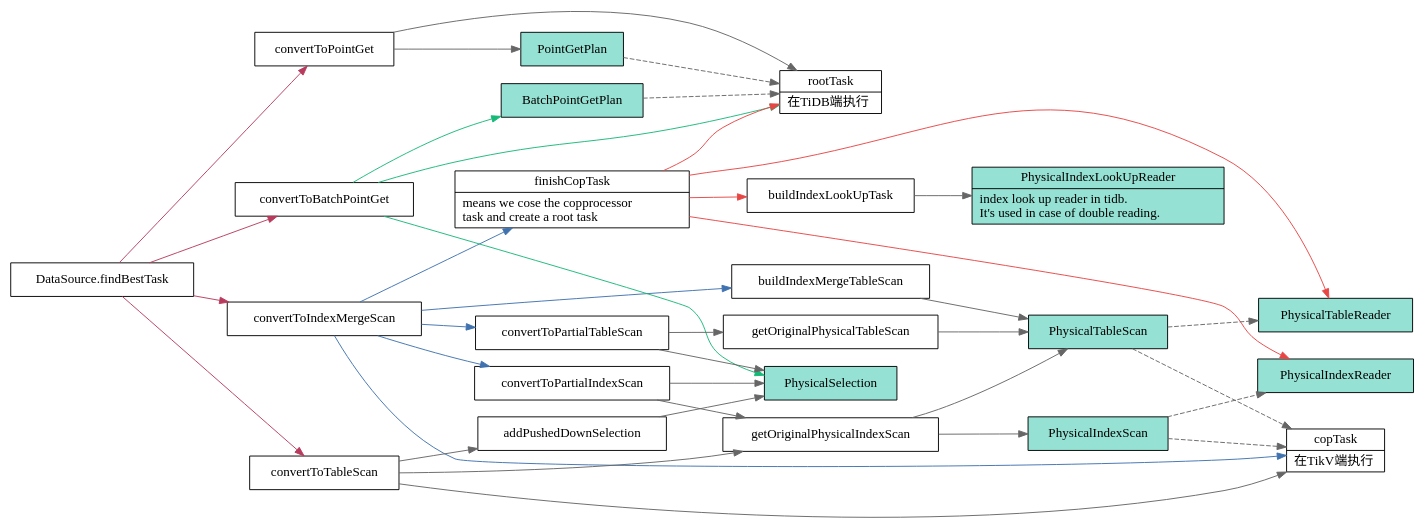
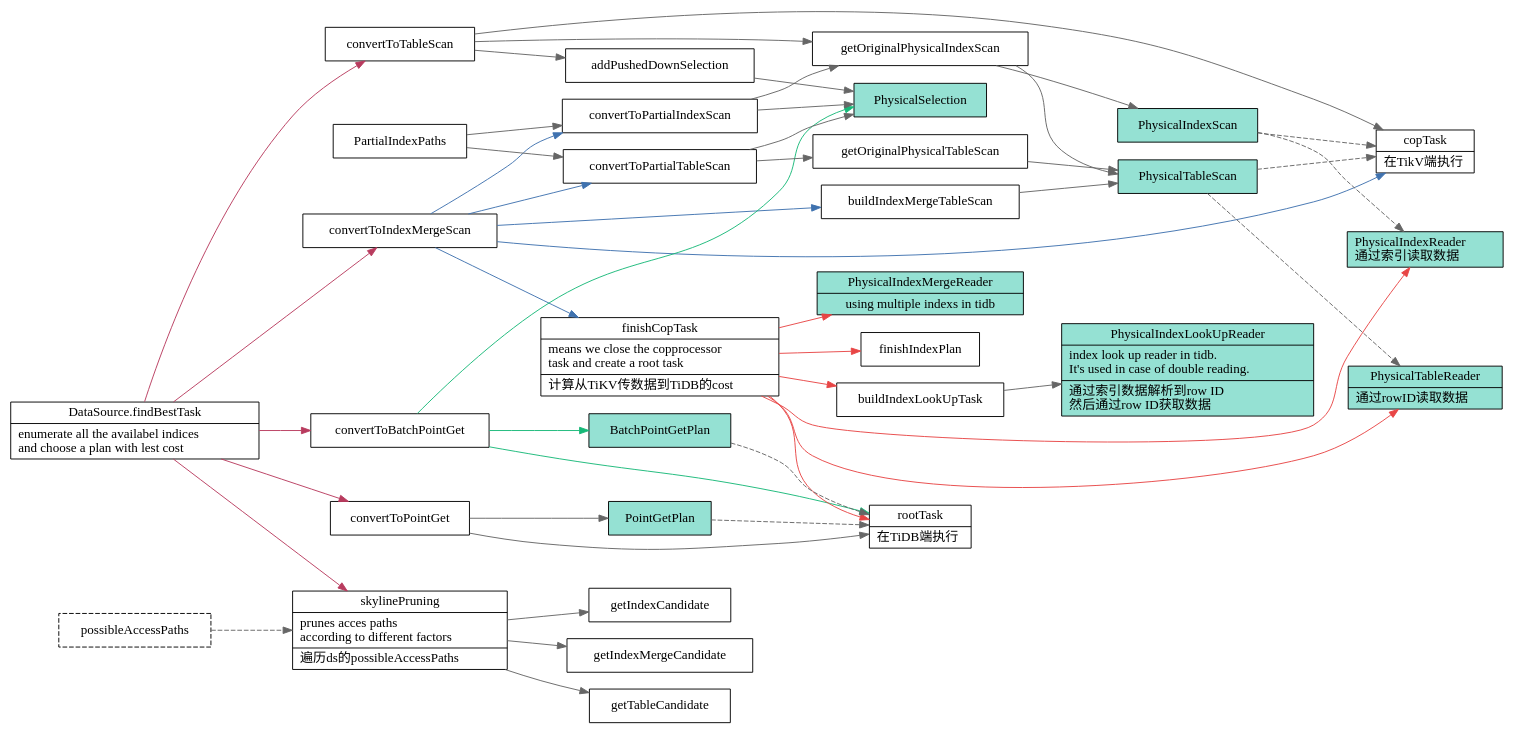
Before and after one commit to xieyu/blog: the diagram in src/tidb/dot/datasource-findbesttask.dot, drawn with Graphviz. The commit also changed 34 other files, not shown here.

```diff
--- a/src/tidb/dot/datasource-findbesttask.dot
+++ b/src/tidb/dot/datasource-findbesttask.dot
@@ -6,7 +6,9 @@
   findBestTask[
     shape="record";
     label="{{
-      DataSource.findBestTask
+      DataSource.findBestTask|
+      enumerate all the availabel indices\l
+      and choose a plan with lest cost\l
     }}";
   ];
   findBestTask -> {
@@ -14,7 +16,32 @@
     convertToPointGet;
     convertToBatchPointGet;
     convertToTableScan;
+    skylinePruning;
   }[color="#b83b5e"];
+  skylinePruning[
+    shape="record";
+    label="{{
+      skylinePruning|
+      prunes acces paths \l 
+      according to different factors\l|
+      遍历ds的possibleAccessPaths\l
+    }}"];
+  possibleAccessPaths[style=dashed];
+  possibleAccessPaths -> skylinePruning[style=dashed];
+
+  skylinePruning -> {
+    getIndexMergeCandidate;
+    getTableCandidate;
+    getIndexCandidate;
+  }
+
+  //DeriveStats -> generateAndPruneIndexMergePath -> generateIndexMergeOrPaths;
+  //generateIndexMergeOrPaths -> buildIndexMergePartialPath -> PartialIndexPaths;
+
+  PartialIndexPaths  -> {
+    convertToPartialTableScan;
+    convertToPartialIndexScan;
+  }
 
   convertToIndexMergeScan -> {
     convertToPartialTableScan;
@@ -125,16 +152,27 @@
     shape="record";
     label="{{
     finishCopTask|
-    means we cose the copprocessor\l 
-    task and create a root task\l
+    means we close the copprocessor\l 
+    task and create a root task\l|
+    计算从TiKV传数据到TiDB的cost\l
     }}";
   ];
   finishCopTask -> {
     PhysicalIndexReader;
     PhysicalTableReader;
+    PhysicalIndexMergeReader;
     buildIndexLookUpTask;
     rootTask;
+    finishIndexPlan;
   }[color="#e84545"];
+  PhysicalIndexMergeReader[
+    shape="record";
+    fillcolor="#95e1d3"
+    style=filled;
+    label="{{
+      PhysicalIndexMergeReader|
+      using multiple indexs in tidb
+    }}"];
 
   PhysicalIndexLookUpReader[
     shape="record";
@@ -143,7 +181,9 @@
     label="{{
       PhysicalIndexLookUpReader|
       index look up reader in tidb.\l 
-      It's used in case of double reading.\l
+      It's used in case of double reading.\l|
+      通过索引数据解析到row ID\l
+      然后通过row ID获取数据\l
     }}";
   ];
   PhysicalTableReader[
@@ -151,7 +191,8 @@
     fillcolor="#95e1d3"
     style=filled;
     label="{{
-      PhysicalTableReader
+      PhysicalTableReader|
+      通过rowID读取数据\l
     }}";
   ];
   PhysicalIndexReader[
@@ -159,7 +200,8 @@
     fillcolor="#95e1d3"
     style=filled;
     label="{{
-      PhysicalIndexReader
+      PhysicalIndexReader\l
+      通过索引读取数据\l
     }}";
   ];
 
```
